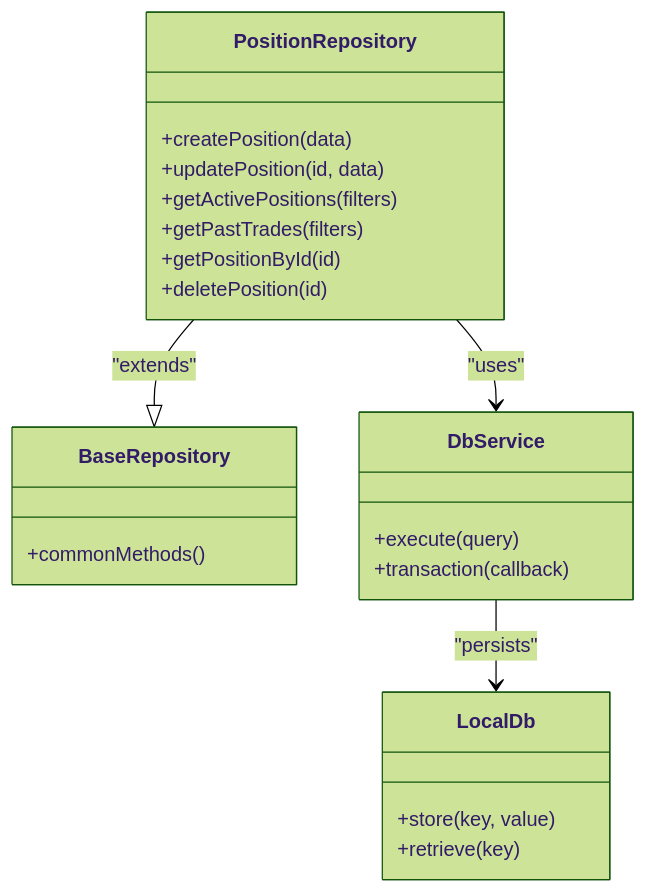
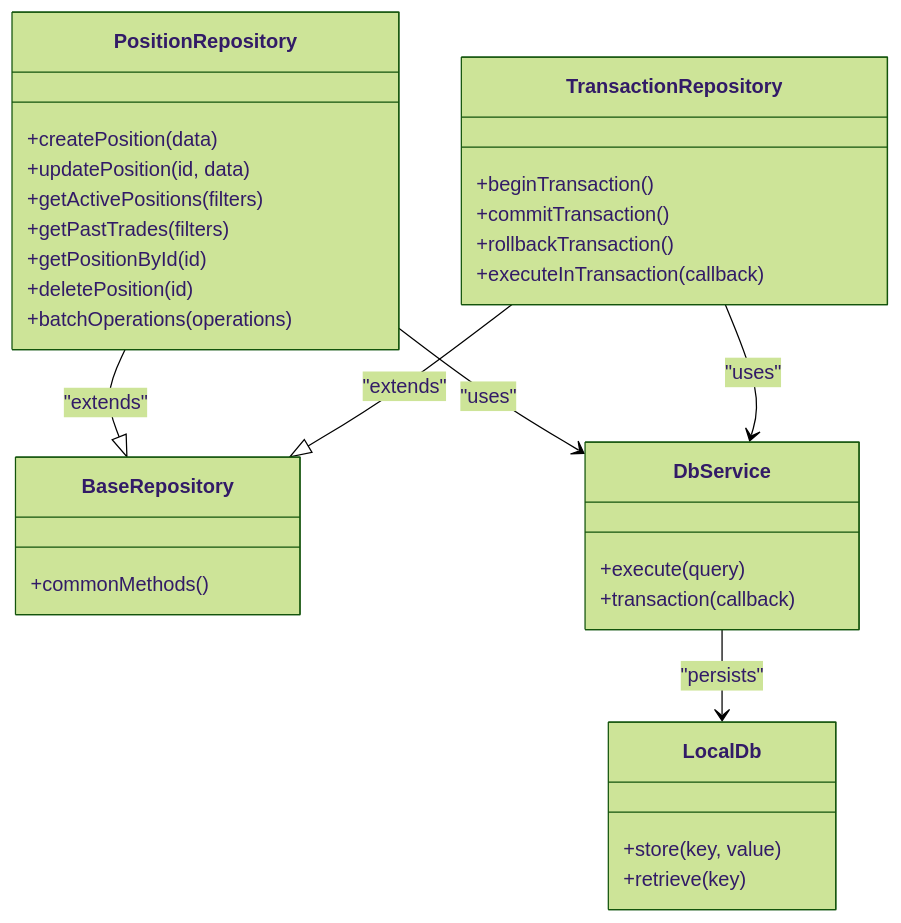
One commit to iliyas77/MTF-monitor changed the third of 12 diagrams in .qoder/repowiki/en/content/Core Features/Positions Tracking/Positions Tracking.md. Above: the diagram before and after it, drawn with Mermaid (forest theme). The commit also changed other lines of this file and 46 other files, not shown here.

````diff
--- a/.qoder/repowiki/en/content/Core Features/Positions Tracking/Positions Tracking.md
+++ b/.qoder/repowiki/en/content/Core Features/Positions Tracking/Positions Tracking.md
@@ -178,25 +204,34 @@
 ```mermaid
 classDiagram
 class BaseRepository {
 +commonMethods()
 }
 class PositionRepository {
 +createPosition(data)
 +updatePosition(id, data)
 +getActivePositions(filters)
 +getPastTrades(filters)
 +getPositionById(id)
 +deletePosition(id)
++batchOperations(operations)
+}
+class TransactionRepository {
++beginTransaction()
++commitTransaction()
++rollbackTransaction()
++executeInTransaction(callback)
 }
 class DbService {
 +execute(query)
 +transaction(callback)
 }
 class LocalDb {
 +store(key, value)
 +retrieve(key)
 }
 PositionRepository --|> BaseRepository : "extends"
+TransactionRepository --|> BaseRepository : "extends"
 PositionRepository --> DbService : "uses"
+TransactionRepository --> DbService : "uses"
 DbService --> LocalDb : "persists"
 ```
````
